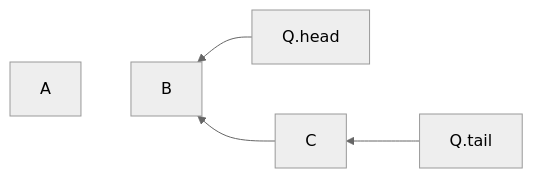
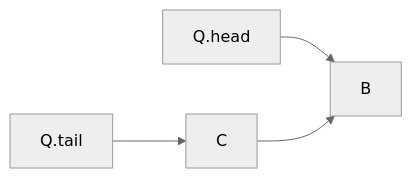
Before and after one commit to Eurydia/notes-singularity: diagram 11 of 15 in Computer science/Data structures/Queue.md, drawn with Mermaid (neutral theme). The commit also changed other lines of this file and 4 other files, not shown here.

````diff
--- a/Computer science/Data structures/Queue.md
+++ b/Computer science/Data structures/Queue.md
@@ -105,6 +106,5 @@
 	```mermaid
-	flowchart RL
+	flowchart LR
 		Q.head-->B
 		Q.tail-->C-->B
-		B~~~A
 	```
````
